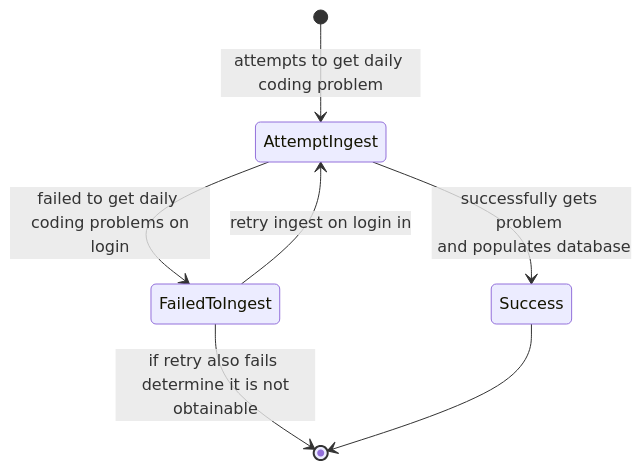
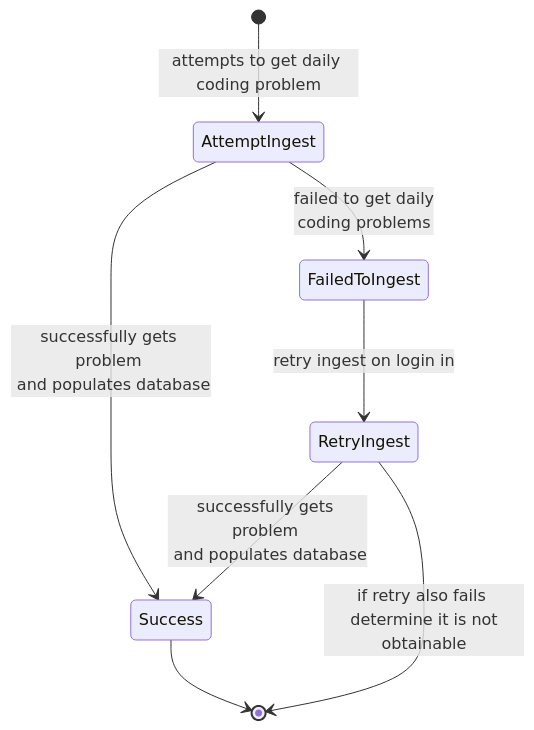
Before and after one commit to sabi1125/daily-coding-companion: the third of 3 diagrams in api-docs/state.md, drawn with Mermaid. The commit also changed other lines of this file, not shown here.

Commit message:
fix: fixed auth/session's recon and ingest's retry failure path

````diff
--- a/api-docs/state.md
+++ b/api-docs/state.md
@@ -26,9 +27,10 @@
 ```mermaid
 stateDiagram-v2
 [*] --> AttemptIngest : attempts to get daily coding problem
-AttemptIngest --> Success : successfully gets problem </br> and populates database
-FailedToIngest --> AttemptIngest : retry ingest on login in
-AttemptIngest --> FailedToIngest : failed to get daily </br> coding problems on login
-FailedToIngest --> [*] : if retry also fails </br> determine it is not obtainable
+AttemptIngest --> Success : successfully gets problem <br> and populates database
+AttemptIngest --> FailedToIngest : failed to get daily <br> coding problems 
+FailedToIngest --> RetryIngest : retry ingest on login in
+RetryIngest --> Success : successfully gets problem <br> and populates database
+RetryIngest --> [*] : if retry also fails <br> determine it is not obtainable
 Success --> [*]
 ```
````
